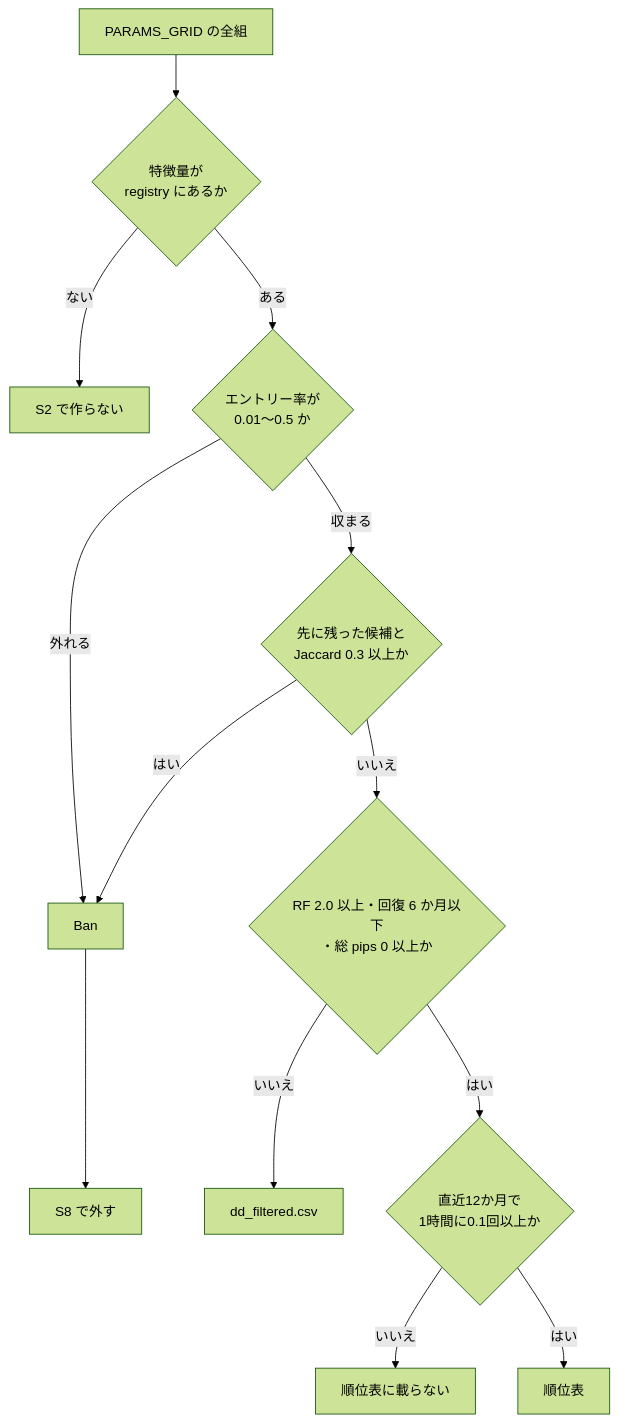
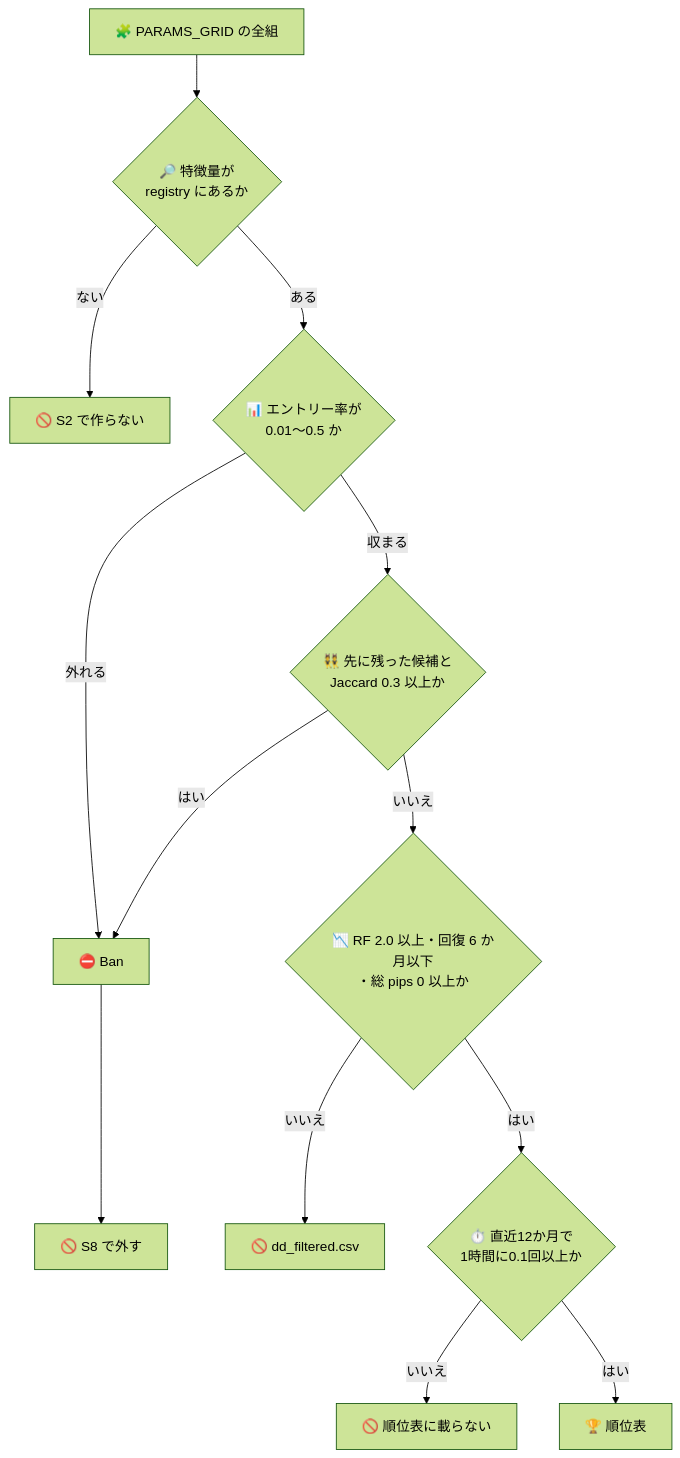
The second of 2 diagrams in docs/overview.md (yktsnet/bt-lab), drawn with Mermaid (forest theme) before and after one commit. The commit also changed other lines of this file, not shown here.

Commit message:
docs: Mermaid の各ノードに絵文字を置く (#20)

````diff
--- a/docs/overview.md
+++ b/docs/overview.md
@@ -81,15 +81,15 @@
 ```mermaid
 flowchart TD
-  G[PARAMS_GRID の全組] --> F{特徴量が<br/>registry にあるか}
-  F -- ない --> X1[S2 で作らない]
-  F -- ある --> R{エントリー率が<br/>0.01〜0.5 か}
-  R -- 外れる --> B[Ban]
-  R -- 収まる --> J{先に残った候補と<br/>Jaccard 0.3 以上か}
+  G[🧩 PARAMS_GRID の全組] --> F{🔎 特徴量が<br/>registry にあるか}
+  F -- ない --> X1[🚫 S2 で作らない]
+  F -- ある --> R{📊 エントリー率が<br/>0.01〜0.5 か}
+  R -- 外れる --> B[⛔ Ban]
+  R -- 収まる --> J{👯 先に残った候補と<br/>Jaccard 0.3 以上か}
   J -- はい --> B
-  J -- いいえ --> DD{RF 2.0 以上・回復 6 か月以下<br/>・総 pips 0 以上か}
-  B --> X2[S8 で外す]
-  DD -- いいえ --> X3[dd_filtered.csv]
-  DD -- はい --> S{直近12か月で<br/>1時間に0.1回以上か}
-  S -- いいえ --> X4[順位表に載らない]
-  S -- はい --> RK[順位表]
+  J -- いいえ --> DD{📉 RF 2.0 以上・回復 6 か月以下<br/>・総 pips 0 以上か}
+  B --> X2[🚫 S8 で外す]
+  DD -- いいえ --> X3[🚫 dd_filtered.csv]
+  DD -- はい --> S{⏱️ 直近12か月で<br/>1時間に0.1回以上か}
+  S -- いいえ --> X4[🚫 順位表に載らない]
+  S -- はい --> RK[🏆 順位表]
 ```
````
